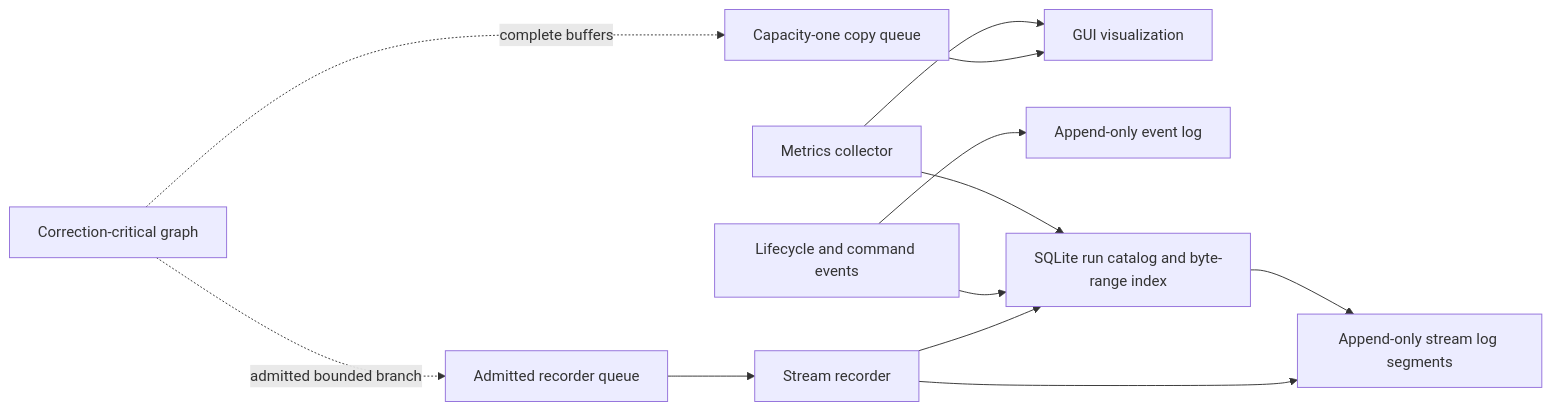
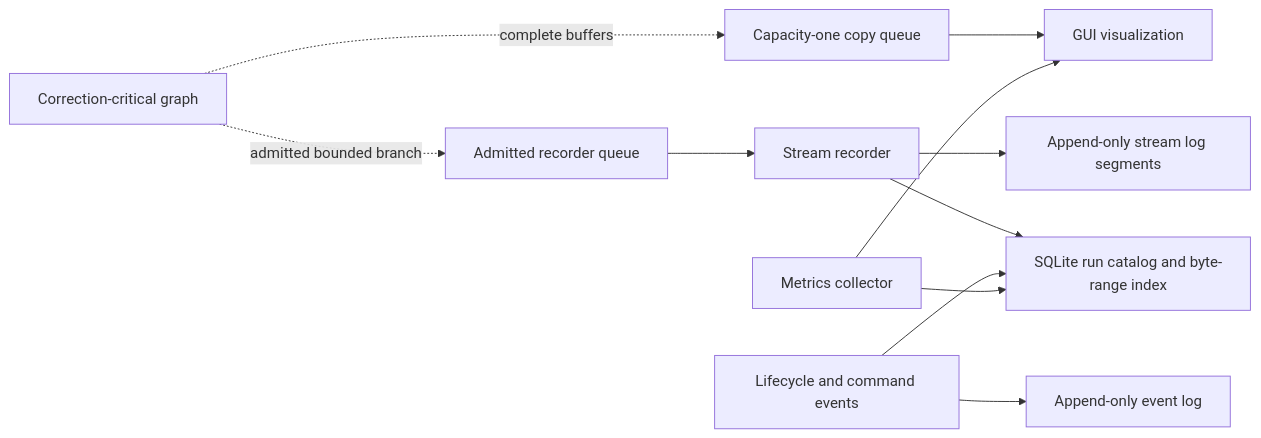
One commit to DarrylGamroth/pipewireao-rtc changed the sixth of 9 diagrams in docs/operations.md. Above: the diagram before and after it, drawn with Mermaid. The commit also changed other lines of this file and 8 other files, not shown here.

Commit message:
docs: define incremental RTC architecture

````diff
--- a/docs/operations.md
+++ b/docs/operations.md
@@ -560,25 +1561,24 @@
 ```mermaid
 flowchart LR
     Critical["Correction-critical graph"]
     Latest["Capacity-one copy queue"]
     RecordQueue["Admitted recorder queue"]
     GUI["GUI visualization"]
     Recorder["Stream recorder"]
     Events["Lifecycle and command events"]
     Metrics["Metrics collector"]
     StreamLog["Append-only stream log segments"]
     EventLog["Append-only event log"]
     Index["SQLite run catalog and byte-range index"]
 
     Critical -. complete buffers .-> Latest
     Latest --> GUI
     Critical -. admitted bounded branch .-> RecordQueue
     RecordQueue --> Recorder
     Recorder --> StreamLog
     Recorder --> Index
     Events --> EventLog
     Events --> Index
     Metrics --> Index
-    Index --> StreamLog
     Metrics --> GUI
 ```
````
